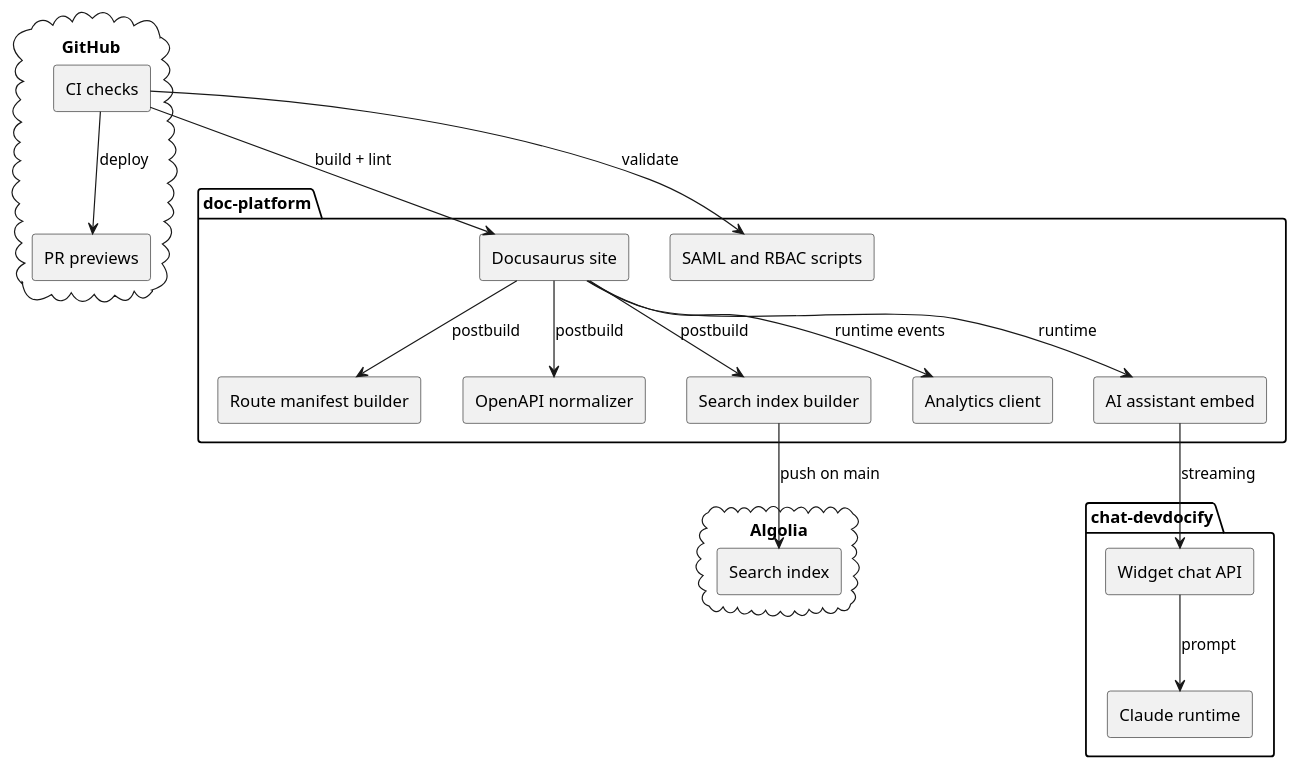
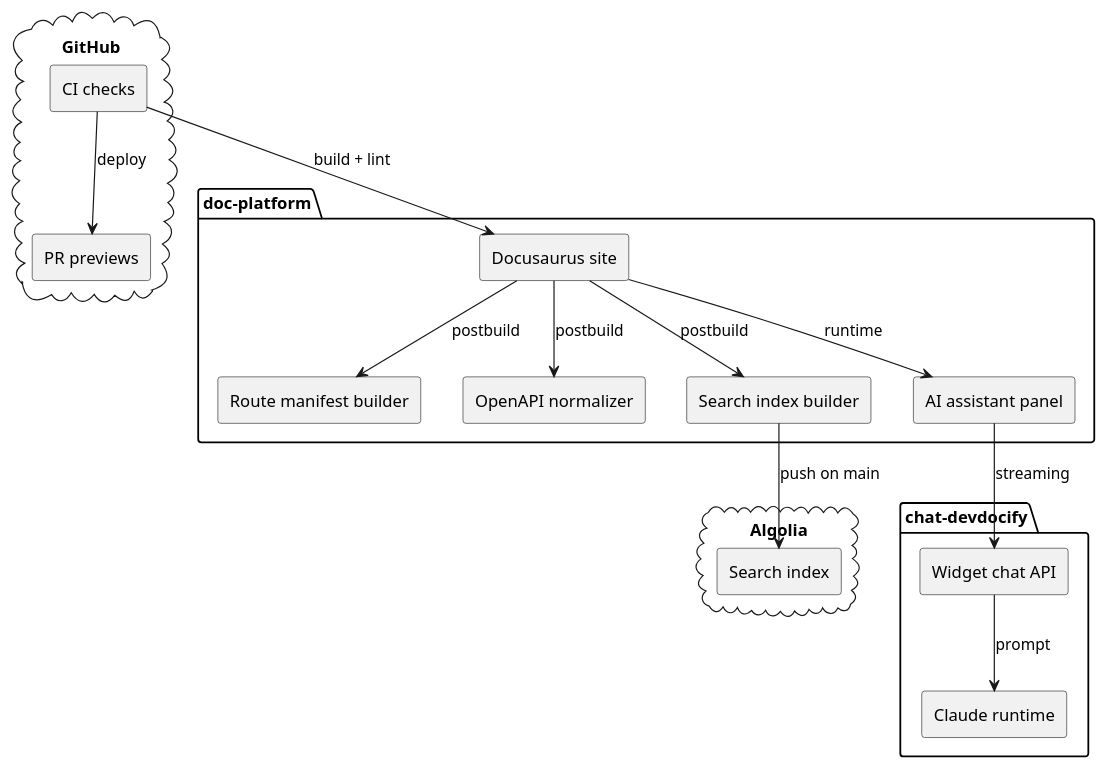
The diagram in docs/devdocify/explanation/index.md (matthewrgourd/doc-platform), drawn with PlantUML before and after one commit. The commit also changed other lines of this file and 38 other files, not shown here.

````diff
--- a/docs/devdocify/explanation/index.md
+++ b/docs/devdocify/explanation/index.md
@@ -55,42 +54,38 @@
 ```plantuml Platform component overview
 @startuml
 skinparam componentStyle rectangle
 skinparam backgroundColor transparent
 
 package "doc-platform" {
   [Docusaurus site] as site
   [Route manifest builder] as manifest
   [OpenAPI normalizer] as openapi
   [Search index builder] as search
-  [Analytics client] as analytics
-  [AI assistant embed] as embed
-  [SAML and RBAC scripts] as access
+  [AI assistant panel] as embed
 }
 
 package "chat-devdocify" {
   [Widget chat API] as api
   [Claude runtime] as claude
 }
 
 cloud "GitHub" {
   [CI checks] as ci
   [PR previews] as preview
 }
 
 cloud "Algolia" {
   [Search index] as algolia
 }
 
 site --> manifest : postbuild
 site --> openapi : postbuild
 site --> search : postbuild
 search --> algolia : push on main
-site --> analytics : runtime events
 site --> embed : runtime
-ci --> access : validate
 embed --> api : streaming
 api --> claude : prompt
 ci --> site : build + lint
 ci --> preview : deploy
 @enduml
 ```
````
